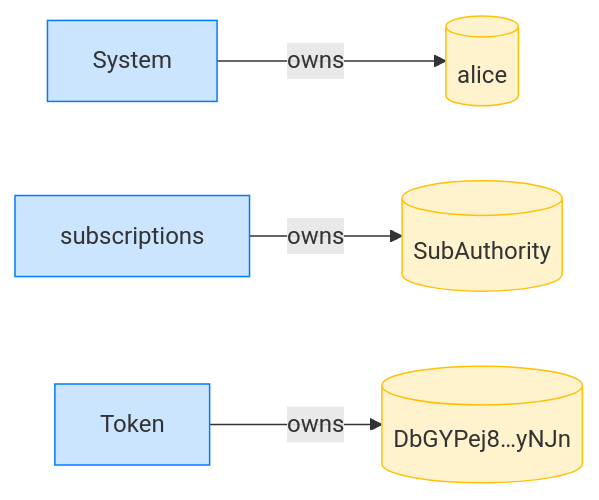
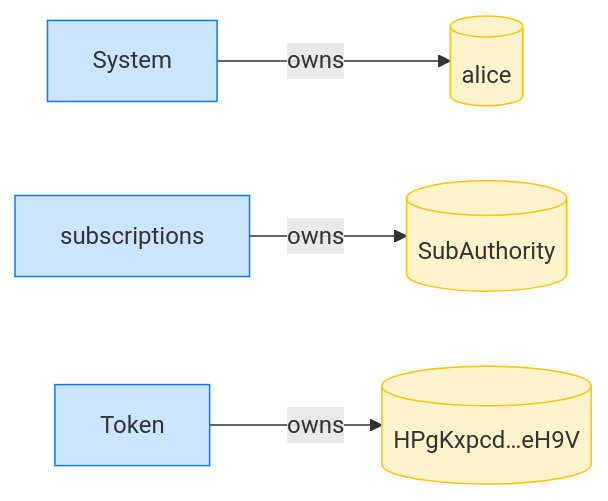
One commit to cds-rs/subscriptions changed the fourth of 8 diagrams in dsl_tests/writable-accounts-must-be-writable--transferrecurring-.md. Above: the diagram before and after it, drawn with Mermaid. The commit also changed other lines of this file and 224 other files, not shown here.

````diff
--- a/dsl_tests/writable-accounts-must-be-writable--transferrecurring-.md
+++ b/dsl_tests/writable-accounts-must-be-writable--transferrecurring-.md
@@ -73,14 +78,14 @@
 ```mermaid
 flowchart LR
     classDef owner fill:#cce5ff,stroke:#007bff;
     classDef account fill:#fff3cd,stroke:#ffc107;
     System[System]:::owner
     alice[(alice)]:::account
     subscriptions[subscriptions]:::owner
     SubAuthority[(SubAuthority)]:::account
     Token[Token]:::owner
-    DbGYPej8_yNJn[("DbGYPej8…yNJn")]:::account
+    HPgKxpcd_eH9V[("HPgKxpcd…eH9V")]:::account
     System -->|owns| alice
     subscriptions -->|owns| SubAuthority
-    Token -->|owns| DbGYPej8_yNJn
+    Token -->|owns| HPgKxpcd_eH9V
 ```
````
